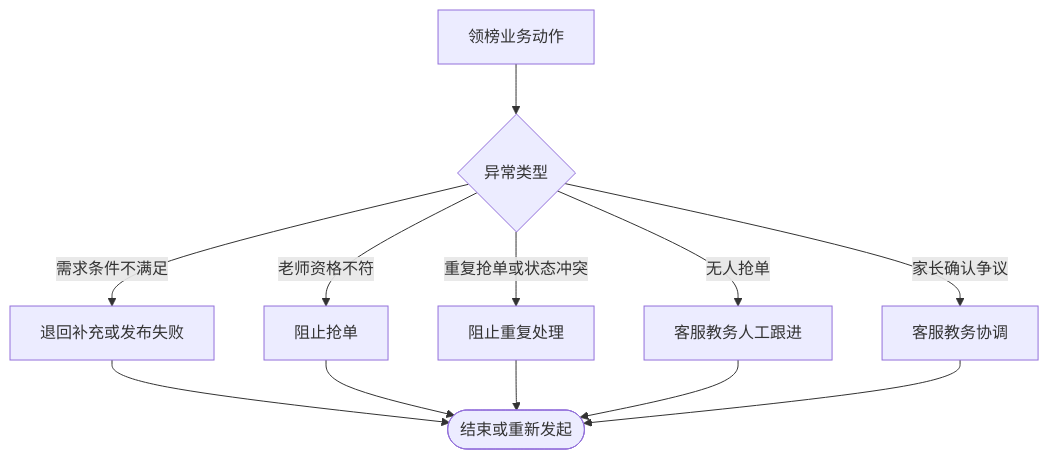
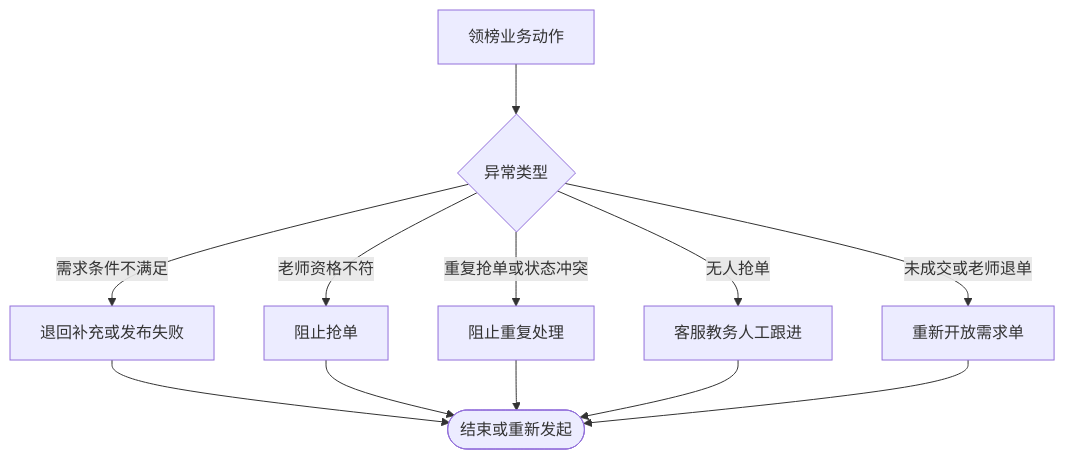
Before and after one commit to xyf394175606-arch/yzb: the fourth of 5 diagrams in 06_业务流程/业务流程_领榜教育C2C流程_v1_20260603.md, drawn with Mermaid. The commit also changed other lines of this file and 6 other files, not shown here.

````diff
--- a/06_业务流程/业务流程_领榜教育C2C流程_v1_20260603.md
+++ b/06_业务流程/业务流程_领榜教育C2C流程_v1_20260603.md
@@ -297,14 +318,14 @@
 ```mermaid
 flowchart TD
   A[领榜业务动作] --> B{异常类型}
   B -->|需求条件不满足| E1[退回补充或发布失败]
   B -->|老师资格不符| E2[阻止抢单]
   B -->|重复抢单或状态冲突| E3[阻止重复处理]
   B -->|无人抢单| E4[客服教务人工跟进]
-  B -->|家长确认争议| E5[客服教务协调]
+  B -->|未成交或老师退单| E5[重新开放需求单]
   E1 --> F([结束或重新发起])
   E2 --> F
   E3 --> F
   E4 --> F
   E5 --> F
 ```
````
